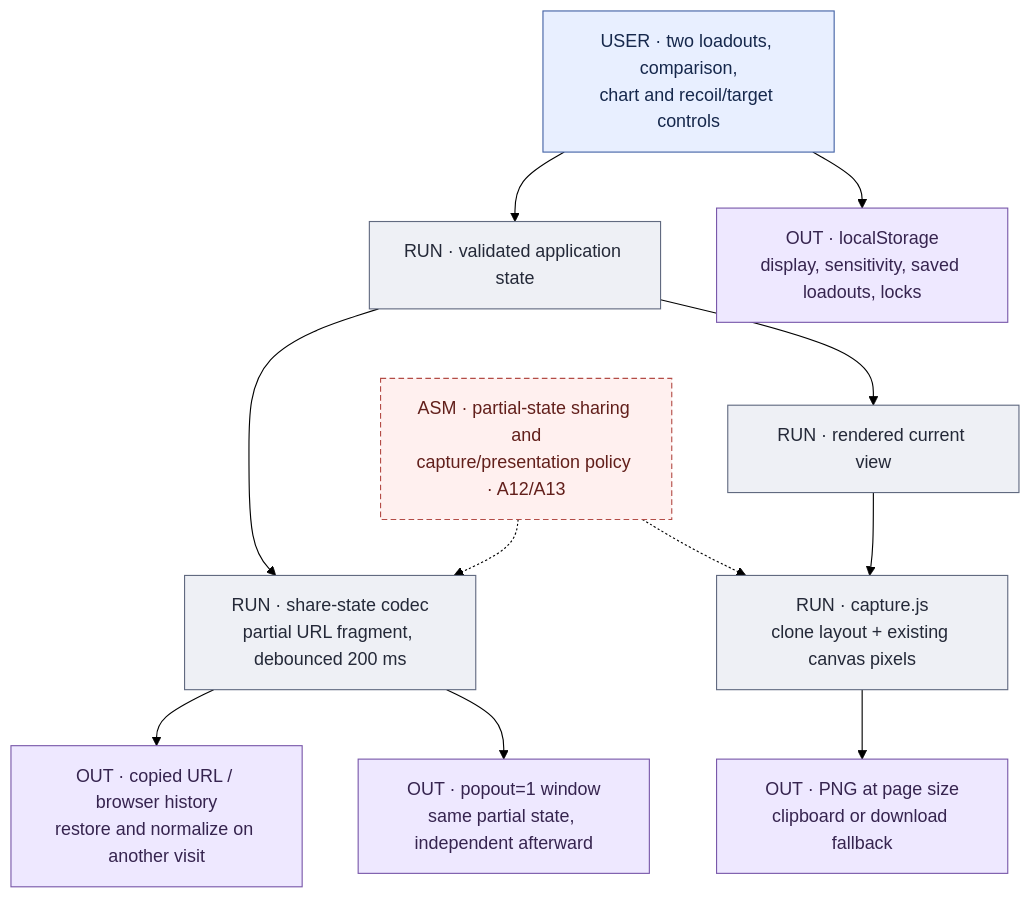
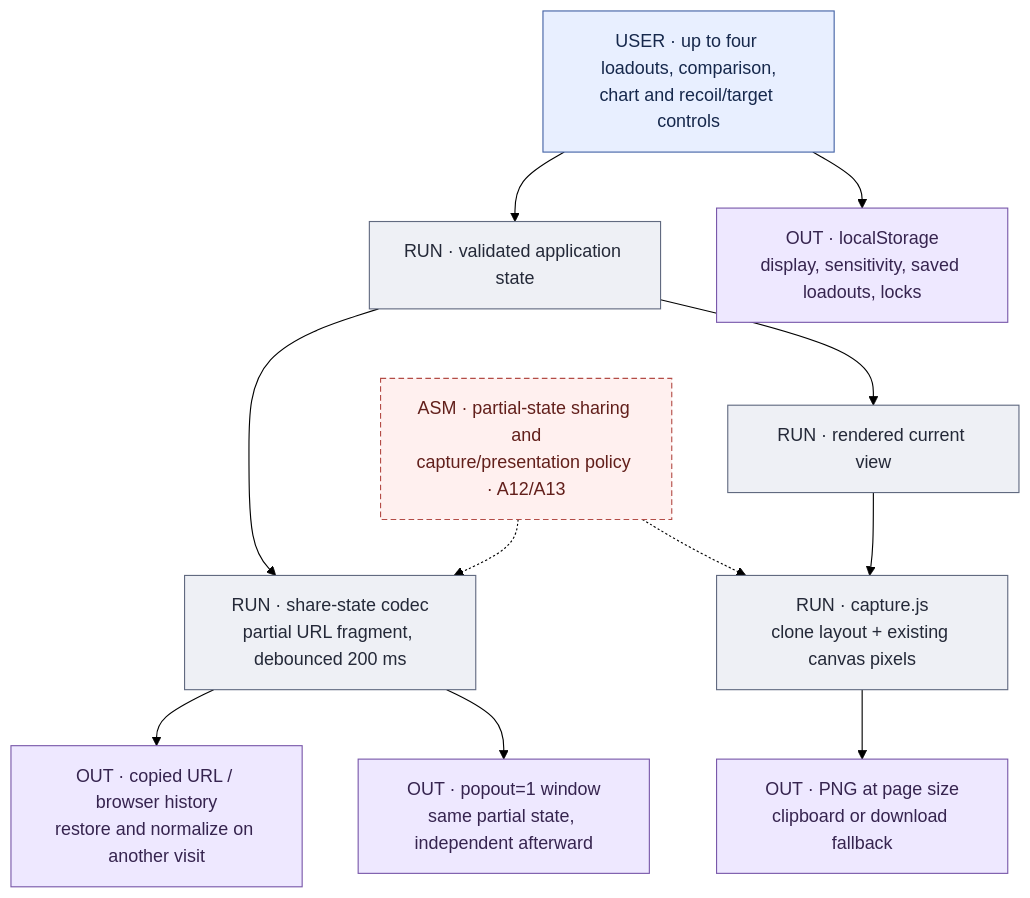
One commit to raymdl/BF6-Weapon-Analyzer changed the second of 3 diagrams in docs/data-flow/UI_PUBLISHING.md. Above: the diagram before and after it, drawn with Mermaid (forest theme). The commit also changed other lines of this file and 14 other files, not shown here.

First line of the commit message:
Docs and Atlas 30 Oct: guides and atlas follow the sidebar, dialog, control, chart, touch and build-label changes

````diff
--- a/docs/data-flow/UI_PUBLISHING.md
+++ b/docs/data-flow/UI_PUBLISHING.md
@@ -75,27 +89,27 @@
 ```mermaid
 flowchart TB
-    U["USER · two loadouts, comparison,<br/>chart and recoil/target controls"]:::src
+    U["USER · up to four loadouts, comparison,<br/>chart and recoil/target controls"]:::src
     S["RUN · validated application state"]:::run
     URL["RUN · share-state codec<br/>partial URL fragment, debounced 200 ms"]:::run
     L["OUT · copied URL / browser history<br/>restore and normalize on another visit"]:::out
     POP["OUT · popout=1 window<br/>same partial state, independent afterward"]:::out
     LS["OUT · localStorage<br/>display, sensitivity, saved loadouts, locks"]:::out
     V["RUN · rendered current view"]:::run
     CAP["RUN · capture.js<br/>clone layout + existing canvas pixels"]:::run
     PNG["OUT · PNG at page size<br/>clipboard or download fallback"]:::out
     A["ASM · partial-state sharing and<br/>capture/presentation policy · A12/A13"]:::asm
     U --> S
     S --> URL
     URL --> L
     URL --> POP
     U --> LS
     S --> V
     V --> CAP
     CAP --> PNG
     A -.-> URL
     A -.-> CAP
     classDef src fill:#e8efff,stroke:#4463a6,color:#16284c
     classDef run fill:#eef0f5,stroke:#616a80,color:#242938
     classDef asm fill:#fff0ef,stroke:#b34c46,color:#621f1b,stroke-dasharray:5 3
     classDef out fill:#eee8ff,stroke:#7958aa,color:#36244f
 ```
````
